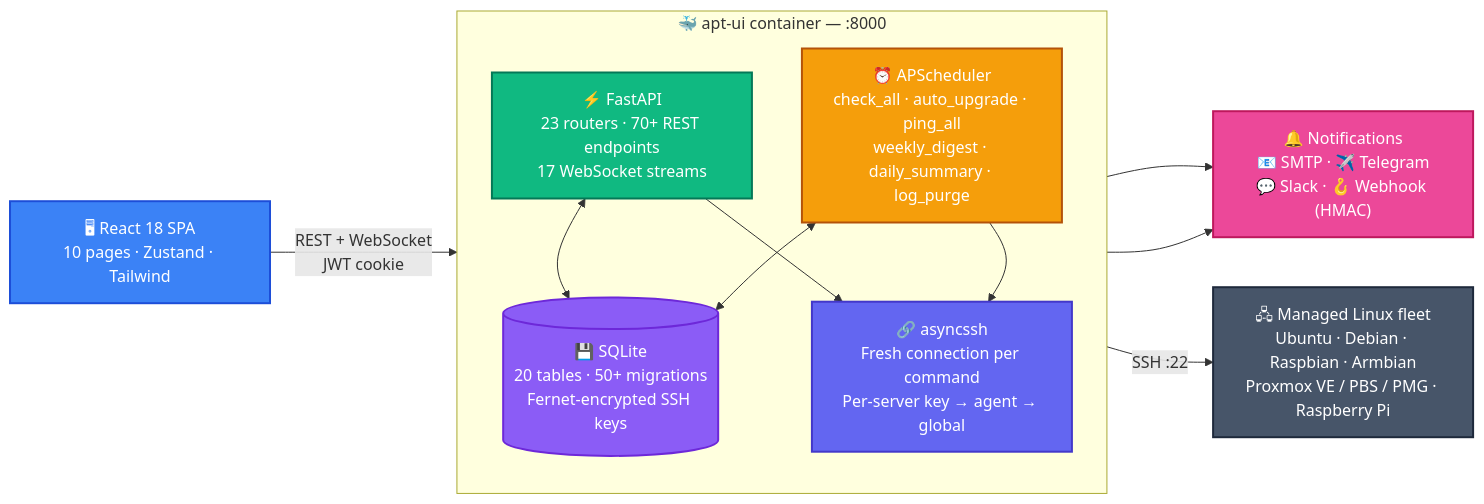
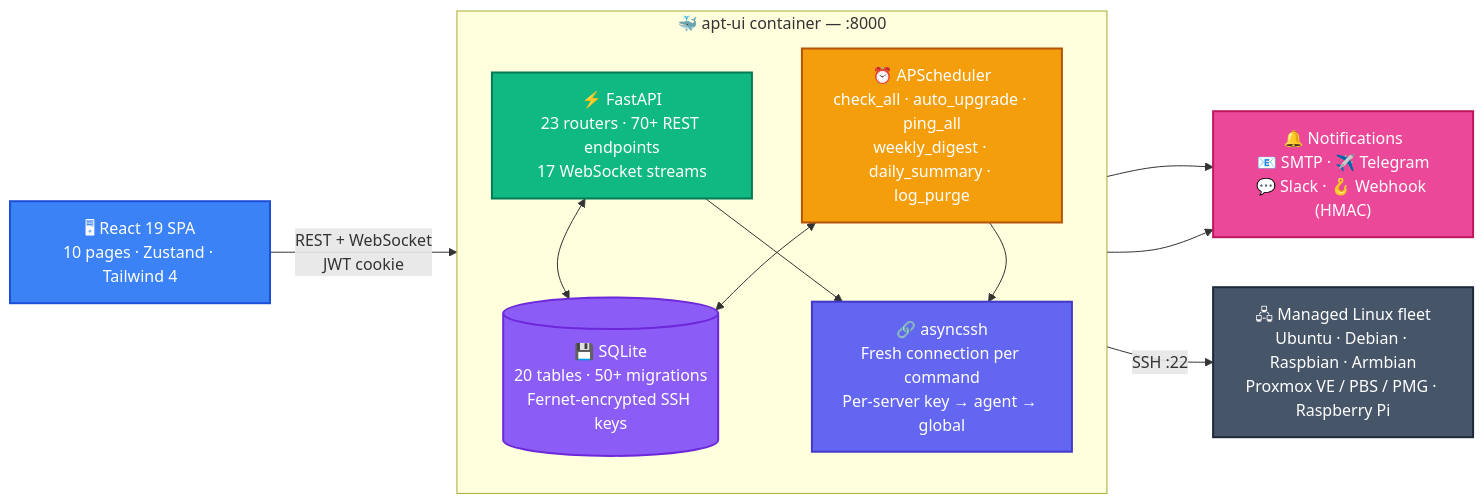
The diagram in README.md (mzac/apt-ui), drawn with Mermaid before and after one commit. The commit also changed other lines of this file and 2 other files, not shown here.

First line of the commit message:
docs: record the dependency upgrades (React 19 / Tailwind 4 / TS 7 / node 22)

````diff
--- a/README.md
+++ b/README.md
@@ -408,41 +408,41 @@
 ```mermaid
 flowchart LR
-    SPA["🖥 React 18 SPA<br/>10 pages · Zustand · Tailwind"]
+    SPA["🖥 React 19 SPA<br/>10 pages · Zustand · Tailwind 4"]
 
     subgraph backend["🐳 apt-ui container — :8000"]
         direction TB
         API["⚡ FastAPI<br/>23 routers · 70+ REST endpoints<br/>17 WebSocket streams"]
         WORKERS["⏰ APScheduler<br/>check_all · auto_upgrade · ping_all<br/>weekly_digest · daily_summary · log_purge"]
         DB[("💾 SQLite<br/>20 tables · 50+ migrations<br/>Fernet-encrypted SSH keys")]
         SSH["🔗 asyncssh<br/>Fresh connection per command<br/>Per-server key → agent → global"]
     end
 
     SERVERS["🖧 Managed Linux fleet<br/>Ubuntu · Debian · Raspbian · Armbian<br/>Proxmox VE / PBS / PMG · Raspberry Pi"]
 
     NOTIF["🔔 Notifications<br/>📧 SMTP · ✈️ Telegram<br/>💬 Slack · 🪝 Webhook (HMAC)"]
 
     SPA -- "REST + WebSocket<br/>JWT cookie" --> API
     API <--> DB
     API --> SSH
     WORKERS <--> DB
     WORKERS --> SSH
     WORKERS --> NOTIF
     API --> NOTIF
     SSH -- "SSH :22" --> SERVERS
 
     classDef frontend fill:#3b82f6,stroke:#1d4ed8,color:#fff,stroke-width:2px
     classDef api fill:#10b981,stroke:#047857,color:#fff,stroke-width:2px
     classDef sched fill:#f59e0b,stroke:#b45309,color:#fff,stroke-width:2px
     classDef data fill:#8b5cf6,stroke:#6d28d9,color:#fff,stroke-width:2px
     classDef transport fill:#6366f1,stroke:#4338ca,color:#fff,stroke-width:2px
     classDef external fill:#475569,stroke:#1e293b,color:#fff,stroke-width:2px
     classDef notif fill:#ec4899,stroke:#be185d,color:#fff,stroke-width:2px
 
     class SPA frontend
     class API api
     class WORKERS sched
     class DB data
     class SSH transport
     class SERVERS external
     class NOTIF notif
 ```
````
